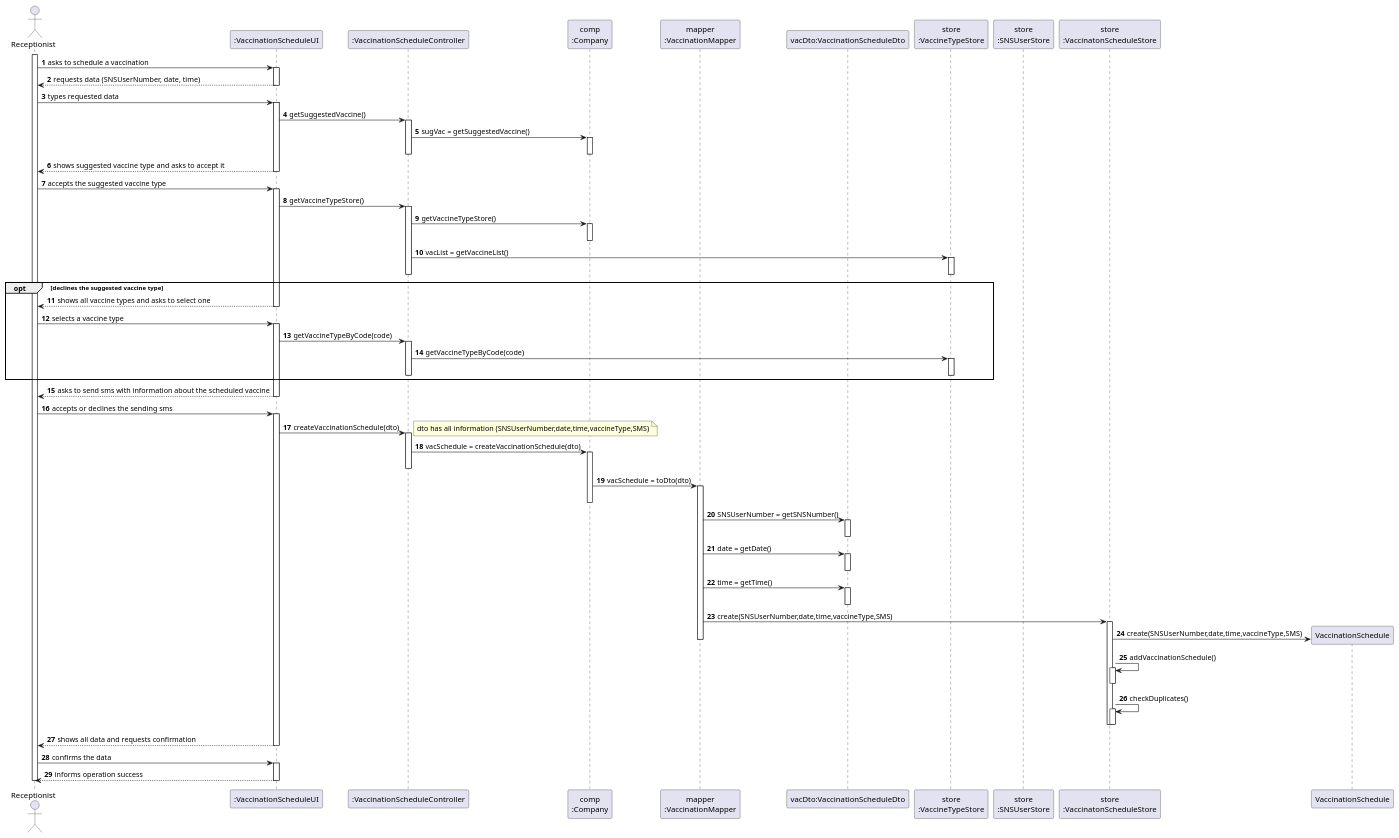
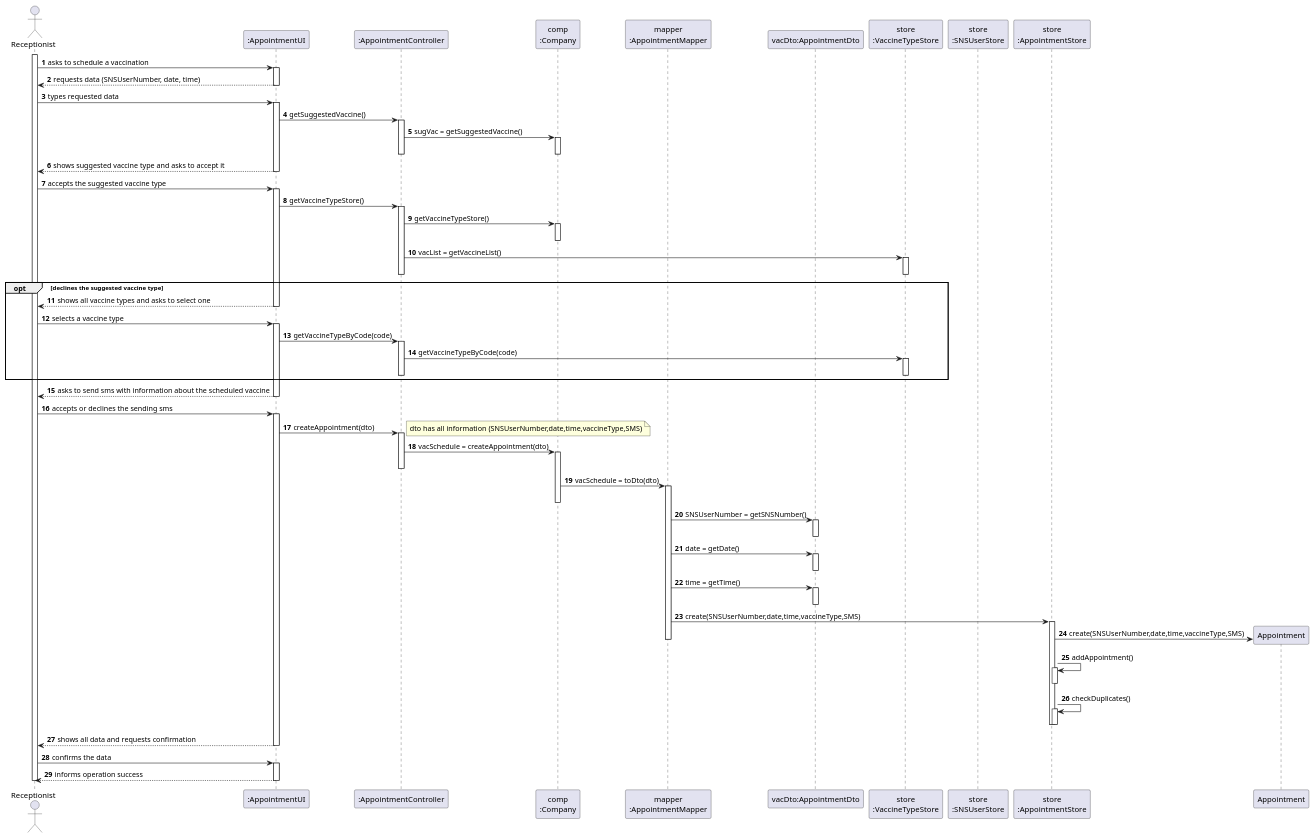
Before and after one commit to miseEnPlace-i/lapr2: the diagram in docs/SprintC/US02/SD/US02_SD.puml, drawn with PlantUML. The commit also changed 1 other file, not shown here.

Commit message:
docs(US02): updated md and SD (changed VaccinationSchedule class to Appointment)

```diff
--- a/docs/SprintC/US02/SD/US02_SD.puml
+++ b/docs/SprintC/US02/SD/US02_SD.puml
@@ -1,126 +1,126 @@
 @startuml US02_SD
 autonumber
 'hide footbox
 actor "Receptionist" as RECEPT
 
-participant ":VaccinationScheduleUI" as UI
-participant ":VaccinationScheduleController" as CTRL
+participant ":AppointmentUI" as UI
+participant ":AppointmentController" as CTRL
 participant "comp\n:Company" as COMP
-participant "mapper\n:VaccinationMapper" as MAPPER
-participant "vacDto:VaccinationScheduleDto" as DTO
+participant "mapper\n:AppointmentMapper" as MAPPER
+participant "vacDto:AppointmentDto" as DTO
 participant "store\n:VaccineTypeStore" as VACSTORE
 participant "store\n:SNSUserStore" as SNSSTORE
-participant "store\n:VaccinatonScheduleStore" as SCHESTORE
+participant "store\n:AppointmentStore" as APPSTORE
 
 activate RECEPT
 RECEPT -> UI : asks to schedule a vaccination
 activate UI
 
 UI --> RECEPT : requests data (SNSUserNumber, date, time)
 deactivate UI
 
 RECEPT -> UI : types requested data
 activate UI
 
 UI -> CTRL : getSuggestedVaccine()
 activate CTRL
 
 CTRL -> COMP : sugVac = getSuggestedVaccine()
 activate COMP
 deactivate CTRL
 deactivate COMP
 
 UI --> RECEPT : shows suggested vaccine type and asks to accept it
 deactivate UI
 
 RECEPT -> UI : accepts the suggested vaccine type
 activate UI
 
 UI -> CTRL : getVaccineTypeStore()
 activate CTRL
 
 CTRL -> COMP : getVaccineTypeStore()
 activate COMP
 deactivate COMP
 
 CTRL -> VACSTORE : vacList = getVaccineList()
 activate VACSTORE
 deactivate VACSTORE
 deactivate CTRL
 
 
 opt declines the suggested vaccine type
 UI --> RECEPT : shows all vaccine types and asks to select one
 deactivate UI
 
 RECEPT -> UI : selects a vaccine type
 activate UI
 
 UI -> CTRL : getVaccineTypeByCode(code)
 activate CTRL
 
 CTRL -> VACSTORE : getVaccineTypeByCode(code)
 activate VACSTORE
 deactivate VACSTORE
 deactivate CTRL
 end
 
 UI --> RECEPT : asks to send sms with information about the scheduled vaccine
 deactivate UI
 RECEPT -> UI : accepts or declines the sending sms
 activate UI
 
-UI -> CTRL : createVaccinationSchedule(dto)
+UI -> CTRL : createAppointment(dto)
 activate CTRL
 
 note right 
 dto has all information (SNSUserNumber,date,time,vaccineType,SMS)
 end note
-CTRL -> COMP : vacSchedule = createVaccinationSchedule(dto)
+CTRL -> COMP : vacSchedule = createAppointment(dto)
 activate COMP
 deactivate CTRL
 
 COMP -> MAPPER : vacSchedule = toDto(dto)
 activate MAPPER
 deactivate COMP
 
 MAPPER -> DTO : SNSUserNumber = getSNSNumber()
 activate DTO
 deactivate DTO
 
 MAPPER -> DTO : date = getDate()
 activate DTO
 deactivate DTO
 
 MAPPER -> DTO : time = getTime()
 activate DTO
 deactivate DTO
 deactivate CTRL
 
-MAPPER -> SCHESTORE : create(SNSUserNumber,date,time,vaccineType,SMS)
-activate SCHESTORE
+MAPPER -> APPSTORE : create(SNSUserNumber,date,time,vaccineType,SMS)
+activate APPSTORE
 
-SCHESTORE -> VaccinationSchedule** : create(SNSUserNumber,date,time,vaccineType,SMS)
+APPSTORE -> Appointment** : create(SNSUserNumber,date,time,vaccineType,SMS)
 deactivate MAPPER
 
-SCHESTORE -> SCHESTORE : addVaccinationSchedule()
-activate SCHESTORE
-deactivate SCHESTORE
+APPSTORE -> APPSTORE : addAppointment()
+activate APPSTORE
+deactivate APPSTORE
 
-SCHESTORE -> SCHESTORE : checkDuplicates()
-activate SCHESTORE
-deactivate SCHESTORE
-deactivate SCHESTORE
+APPSTORE -> APPSTORE : checkDuplicates()
+activate APPSTORE
+deactivate APPSTORE
+deactivate APPSTORE
 
 UI --> RECEPT : shows all data and requests confirmation
 deactivate UI
 RECEPT -> UI : confirms the data
 activate UI
 
 
 UI --> RECEPT : informs operation success
 deactivate UI
 
 deactivate RECEPT
 
 @enduml
```
